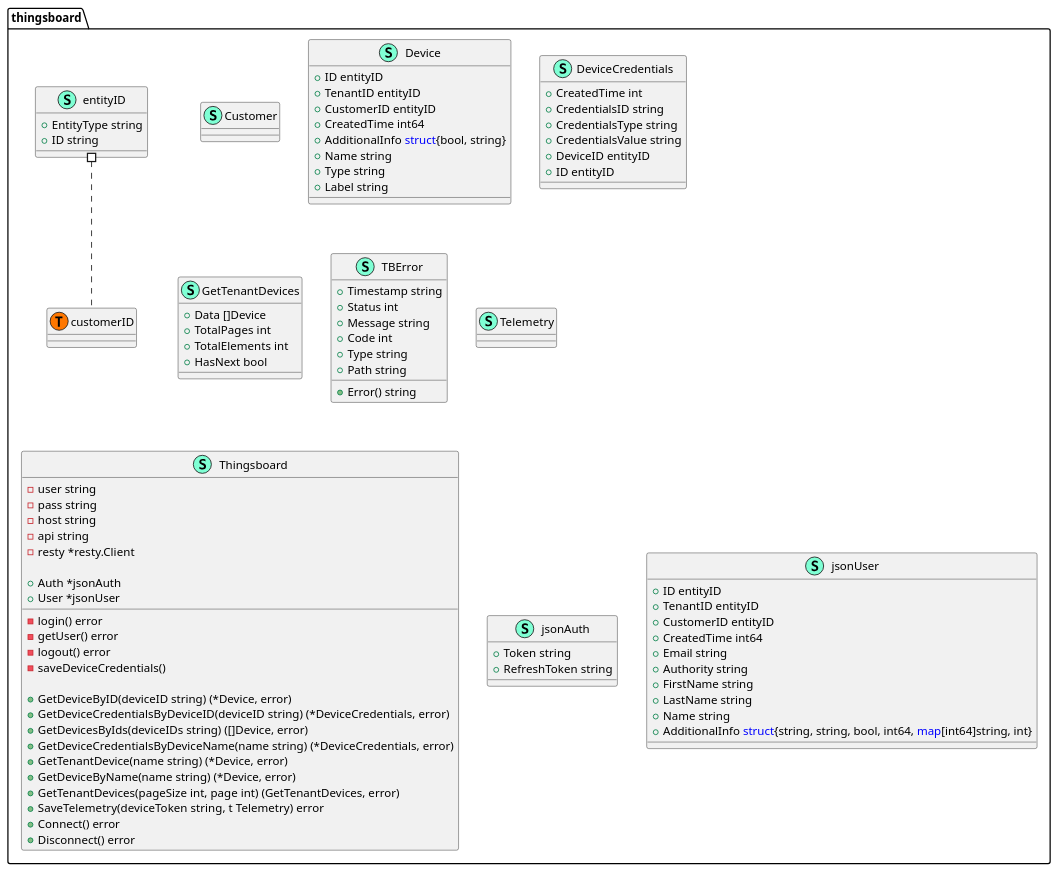
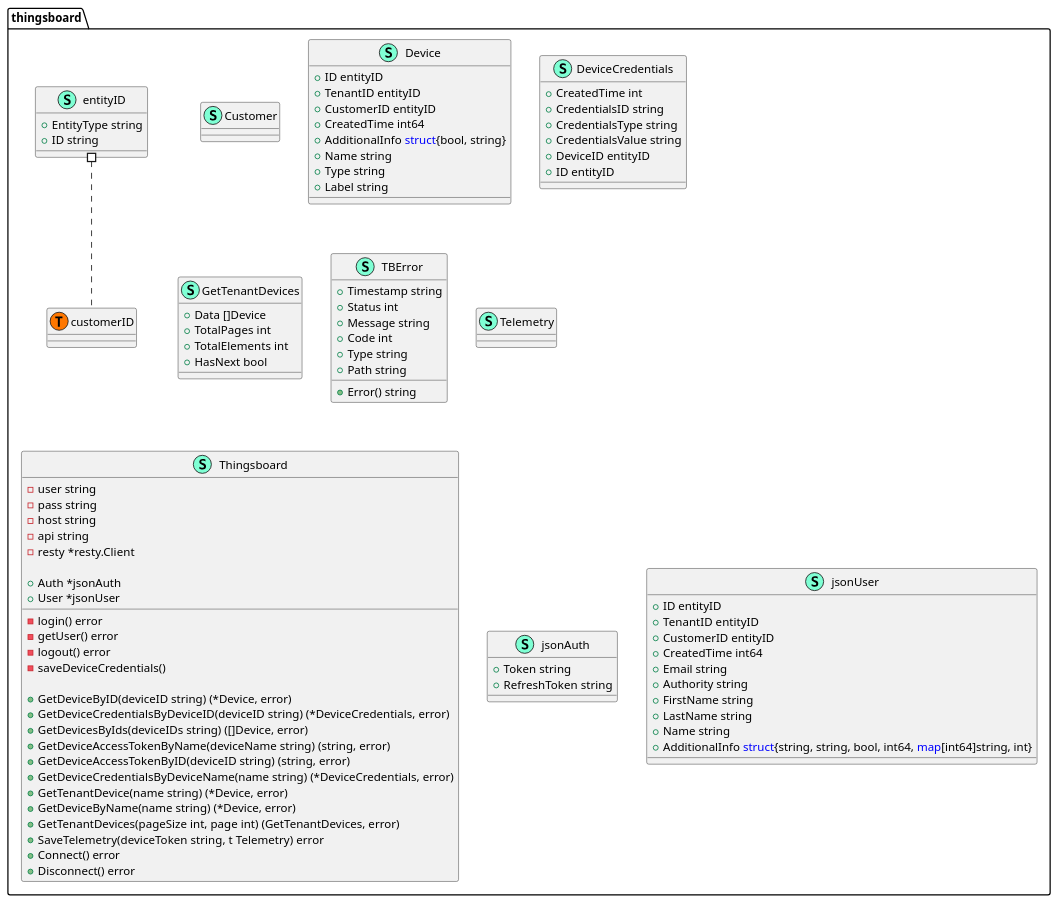
Before and after one commit to ASENASystem/thingsboard: the diagram in DIAGRAM.md, drawn with PlantUML. The commit also changed 1 other file, not shown here.

```diff
--- a/DIAGRAM.md
+++ b/DIAGRAM.md
@@ -61,6 +61,8 @@
         + GetDeviceByID(deviceID string) (*Device, error)
         + GetDeviceCredentialsByDeviceID(deviceID string) (*DeviceCredentials, error)
         + GetDevicesByIds(deviceIDs string) ([]Device, error)
+        + GetDeviceAccessTokenByName(deviceName string) (string, error)
+        + GetDeviceAccessTokenByID(deviceID string) (string, error)
         + GetDeviceCredentialsByDeviceName(name string) (*DeviceCredentials, error)
         + GetTenantDevice(name string) (*Device, error)
         + GetDeviceByName(name string) (*Device, error)
```
